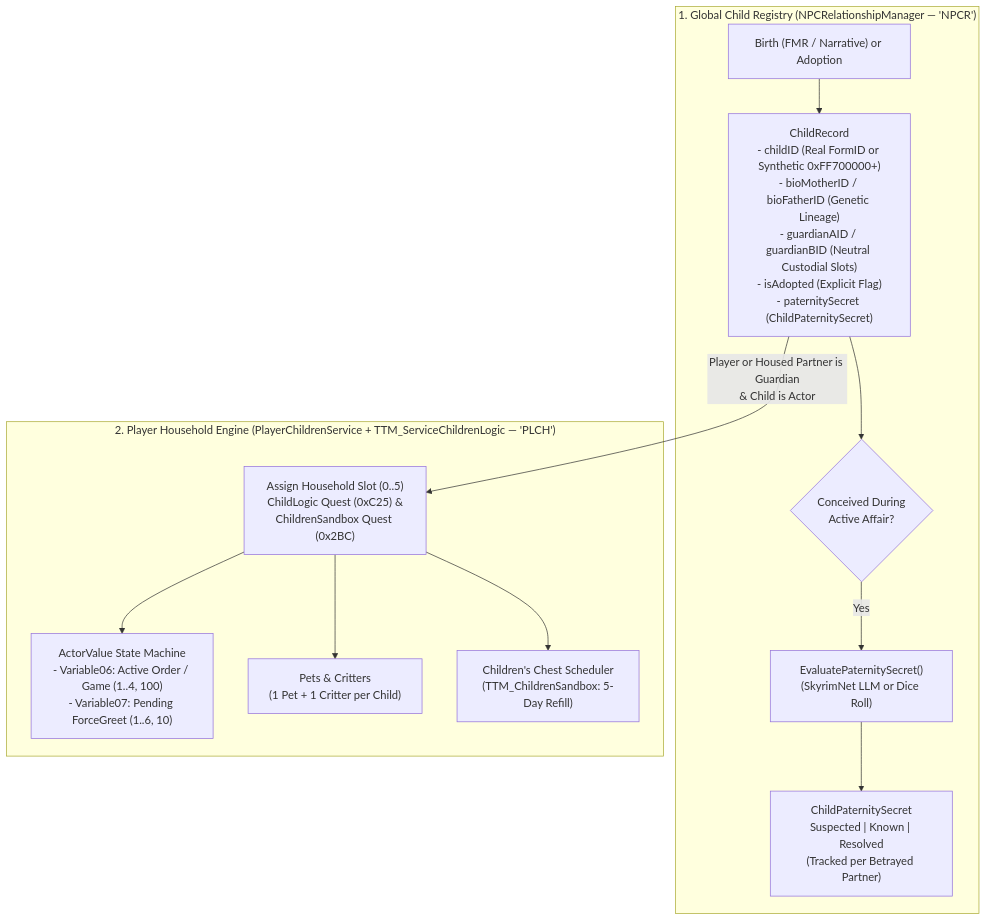
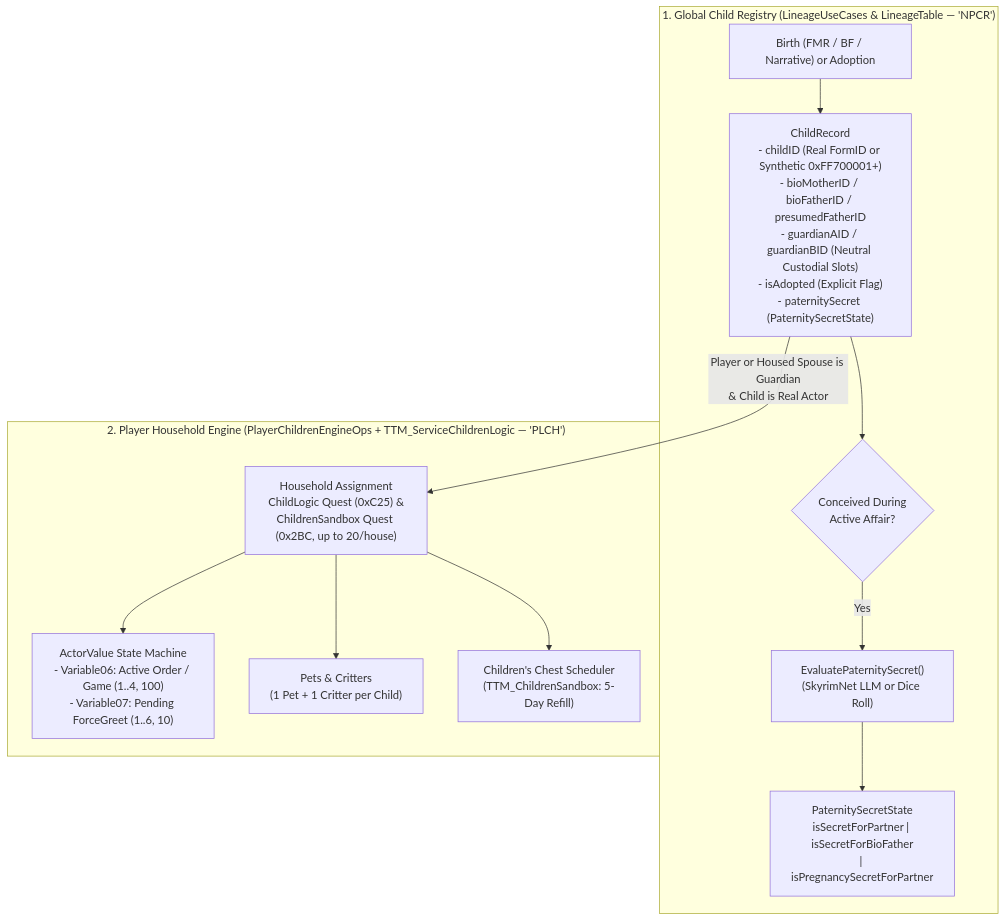
Before and after one commit to tetherball88/maras: the second of 2 diagrams in docs/modder/HOUSEHOLD_AND_CHILDREN_ARCHITECTURE.md, drawn with Mermaid. The commit also changed other lines of this file and 120 other files, not shown here.

Commit message:
P4.3 — Final Architectural Sign-Off & Documentation Sync

````diff
--- a/docs/modder/HOUSEHOLD_AND_CHILDREN_ARCHITECTURE.md
+++ b/docs/modder/HOUSEHOLD_AND_CHILDREN_ARCHITECTURE.md
@@ -65,16 +68,16 @@
 ```mermaid
 flowchart TD
-    subgraph Lineage["1. Global Child Registry (NPCRelationshipManager — 'NPCR')"]
-        Birth["Birth (FMR / Narrative) or Adoption"] --> ChildRec["ChildRecord\n- childID (Real FormID or Synthetic 0xFF700000+)\n- bioMotherID / bioFatherID (Genetic Lineage)\n- guardianAID / guardianBID (Neutral Custodial Slots)\n- isAdopted (Explicit Flag)\n- paternitySecret (ChildPaternitySecret)"]
+    subgraph Lineage["1. Global Child Registry (LineageUseCases & LineageTable — 'NPCR')"]
+        Birth["Birth (FMR / BF / Narrative) or Adoption"] --> ChildRec["ChildRecord\n- childID (Real FormID or Synthetic 0xFF700001+)\n- bioMotherID / bioFatherID / presumedFatherID\n- guardianAID / guardianBID (Neutral Custodial Slots)\n- isAdopted (Explicit Flag)\n- paternitySecret (PaternitySecretState)"]
         ChildRec --> PatCheck{"Conceived During\nActive Affair?"}
         PatCheck -- "Yes" --> PatEval["EvaluatePaternitySecret()\n(SkyrimNet LLM or Dice Roll)"]
-        PatEval --> SecretState["ChildPaternitySecret\nSuspected | Known | Resolved\n(Tracked per Betrayed Partner)"]
+        PatEval --> SecretState["PaternitySecretState\nisSecretForPartner | isSecretForBioFather\n| isPregnancySecretForPartner"]
     end
 
-    subgraph Household["2. Player Household Engine (PlayerChildrenService + TTM_ServiceChildrenLogic — 'PLCH')"]
-        ChildRec -- "Player or Housed Partner is Guardian\n& Child is Actor" --> Slot["Assign Household Slot (0..5)\nChildLogic Quest (0xC25) &\nChildrenSandbox Quest (0x2BC)"]
+    subgraph Household["2. Player Household Engine (PlayerChildrenEngineOps + TTM_ServiceChildrenLogic — 'PLCH')"]
+        ChildRec -- "Player or Housed Spouse is Guardian\n& Child is Real Actor" --> Slot["Household Assignment\nChildLogic Quest (0xC25) &\nChildrenSandbox Quest (0x2BC, up to 20/house)"]
         Slot --> AIState["ActorValue State Machine\n- Variable06: Active Order / Game (1..4, 100)\n- Variable07: Pending ForceGreet (1..6, 10)"]
         Slot --> Companions["Pets & Critters\n(1 Pet + 1 Critter per Child)"]
         Slot --> Chest["Children's Chest Scheduler\n(TTM_ChildrenSandbox: 5-Day Refill)"]
     end
 ```
````
